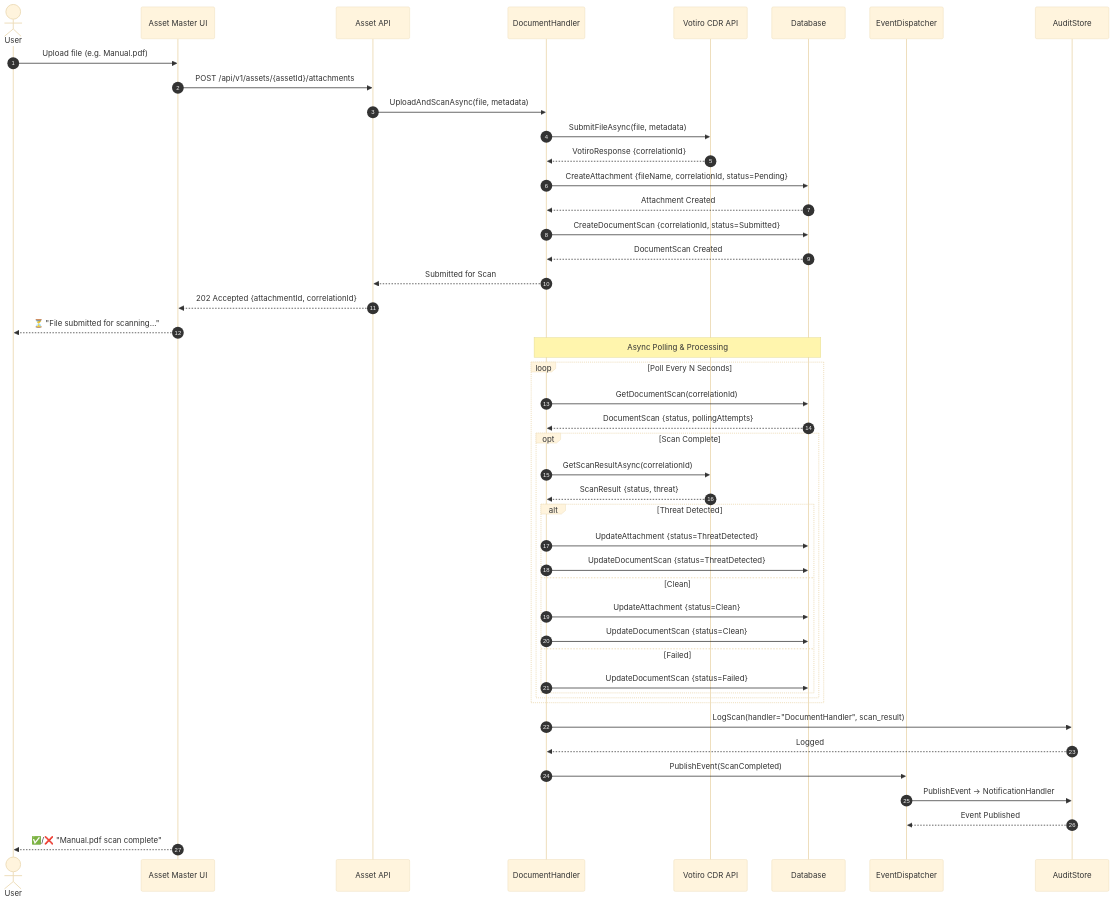
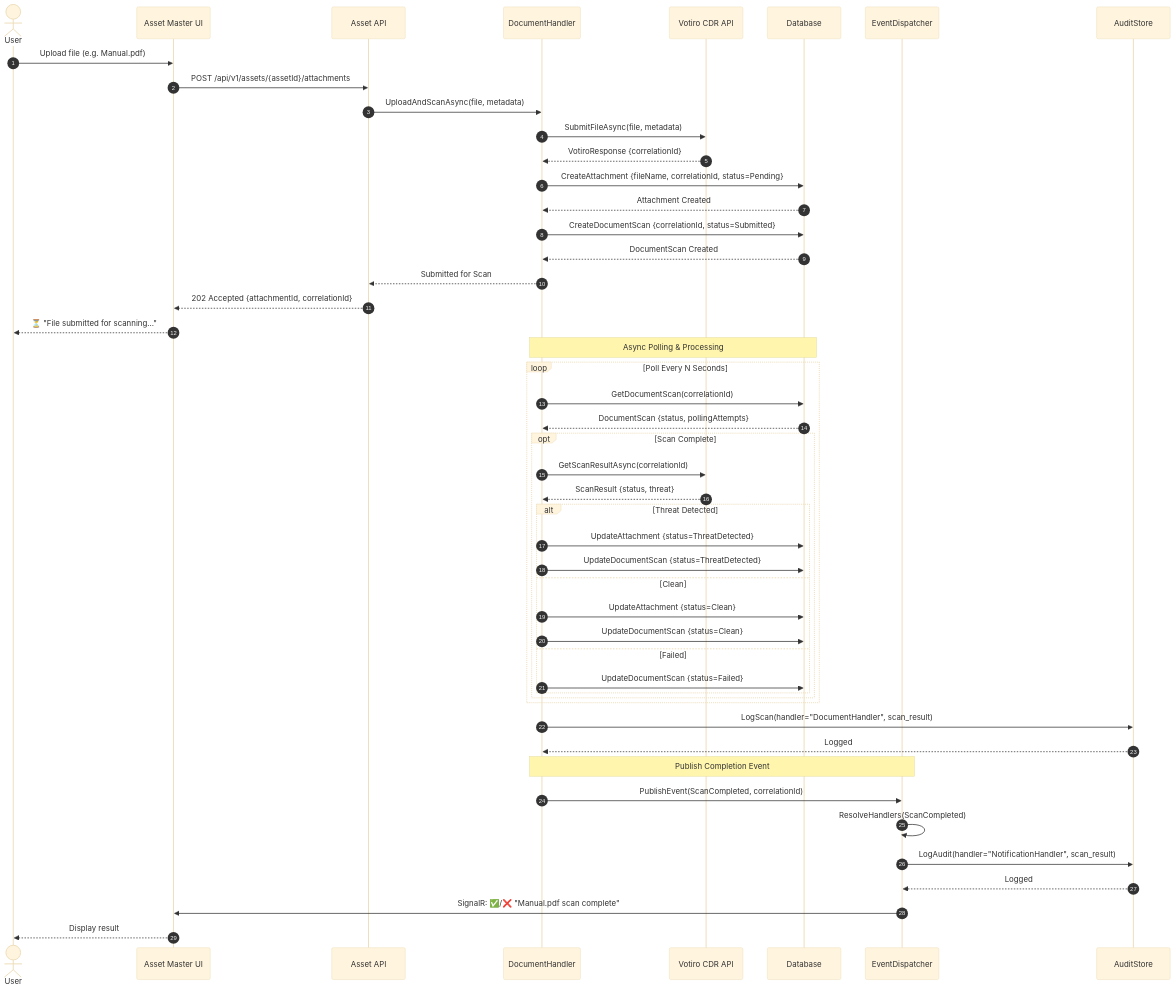
The fifth of 5 diagrams in asset-management/diagrams/02_Sequence_Diagrams.md (arup-ghosh-maersk/cia-lld), drawn with Mermaid (base theme) before and after one commit.

````diff
--- a/asset-management/diagrams/02_Sequence_Diagrams.md
+++ b/asset-management/diagrams/02_Sequence_Diagrams.md
@@ -176,56 +176,60 @@
 ```mermaid
 sequenceDiagram
     autonumber
     actor User
     participant UI as Asset Master UI
     participant API as Asset API
     participant DH as DocumentHandler
     participant VOTIRO as Votiro CDR API
     participant DB as Database
     participant ED as EventDispatcher
     participant Audit as AuditStore
 
     User->>UI: Upload file (e.g. Manual.pdf)
     UI->>API: POST /api/v1/assets/{assetId}/attachments
     API->>DH: UploadAndScanAsync(file, metadata)
 
     DH->>VOTIRO: SubmitFileAsync(file, metadata)
     VOTIRO-->>DH: VotiroResponse {correlationId}
     
     DH->>DB: CreateAttachment {fileName, correlationId, status=Pending}
     DB-->>DH: Attachment Created
     DH->>DB: CreateDocumentScan {correlationId, status=Submitted}
     DB-->>DH: DocumentScan Created
 
     DH-->>API: Submitted for Scan
     API-->>UI: 202 Accepted {attachmentId, correlationId}
     UI-->>User: ⏳ "File submitted for scanning..."
 
     Note over DH,DB: Async Polling & Processing
     loop Poll Every N Seconds
         DH->>DB: GetDocumentScan(correlationId)
         DB-->>DH: DocumentScan {status, pollingAttempts}
         
         opt Scan Complete
             DH->>VOTIRO: GetScanResultAsync(correlationId)
             VOTIRO-->>DH: ScanResult {status, threat}
             
             alt Threat Detected
                 DH->>DB: UpdateAttachment {status=ThreatDetected}
                 DH->>DB: UpdateDocumentScan {status=ThreatDetected}
             else Clean
                 DH->>DB: UpdateAttachment {status=Clean}
                 DH->>DB: UpdateDocumentScan {status=Clean}
             else Failed
                 DH->>DB: UpdateDocumentScan {status=Failed}
             end
         end
     end
 
     DH->>Audit: LogScan(handler="DocumentHandler", scan_result)
     Audit-->>DH: Logged
-    DH->>ED: PublishEvent(ScanCompleted)
-    ED->>Audit: PublishEvent → NotificationHandler
-    Audit-->>ED: Event Published
-    UI-->>User: ✅/❌ "Manual.pdf scan complete"
+
+    Note over DH,ED: Publish Completion Event
+    DH->>ED: PublishEvent(ScanCompleted, correlationId)
+    ED->>ED: ResolveHandlers(ScanCompleted)
+    ED->>Audit: LogAudit(handler="NotificationHandler", scan_result)
+    Audit-->>ED: Logged
+    ED->>UI: SignalR: ✅/❌ "Manual.pdf scan complete"
+    UI-->>User: Display result
 ```
````
